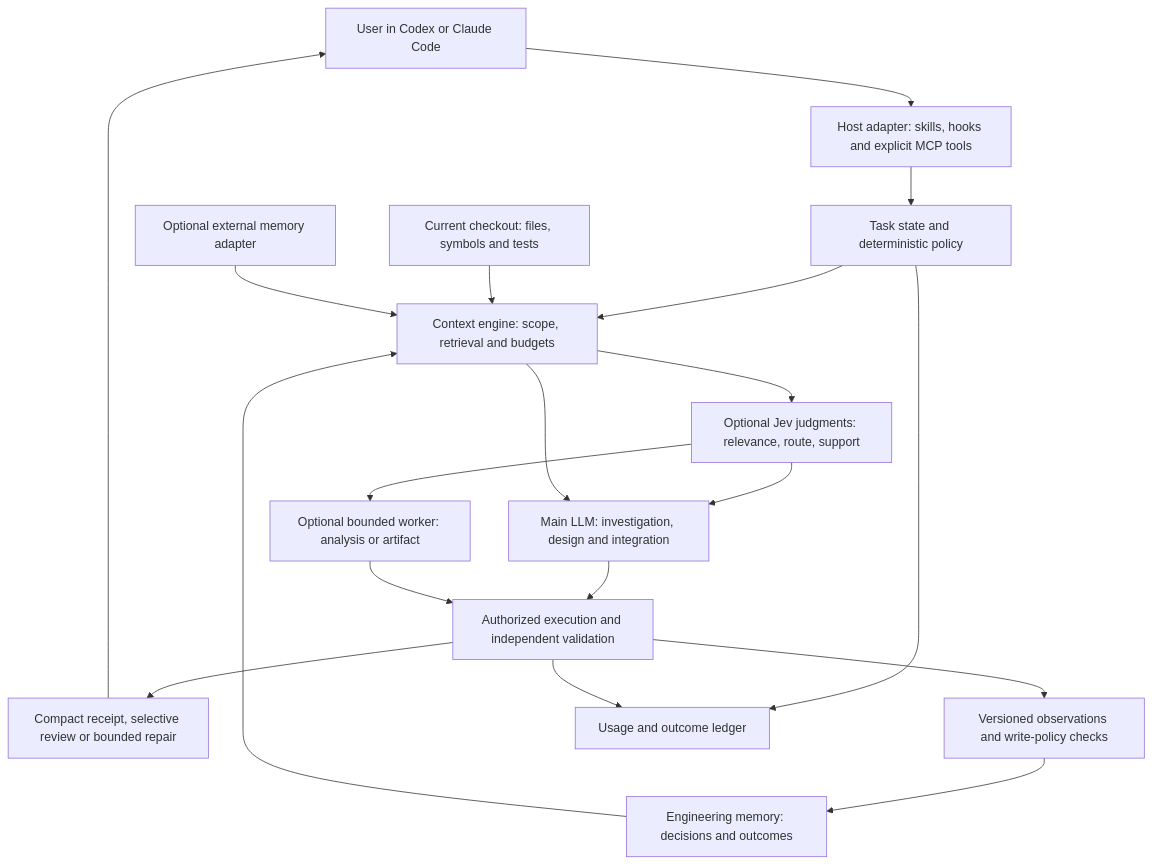
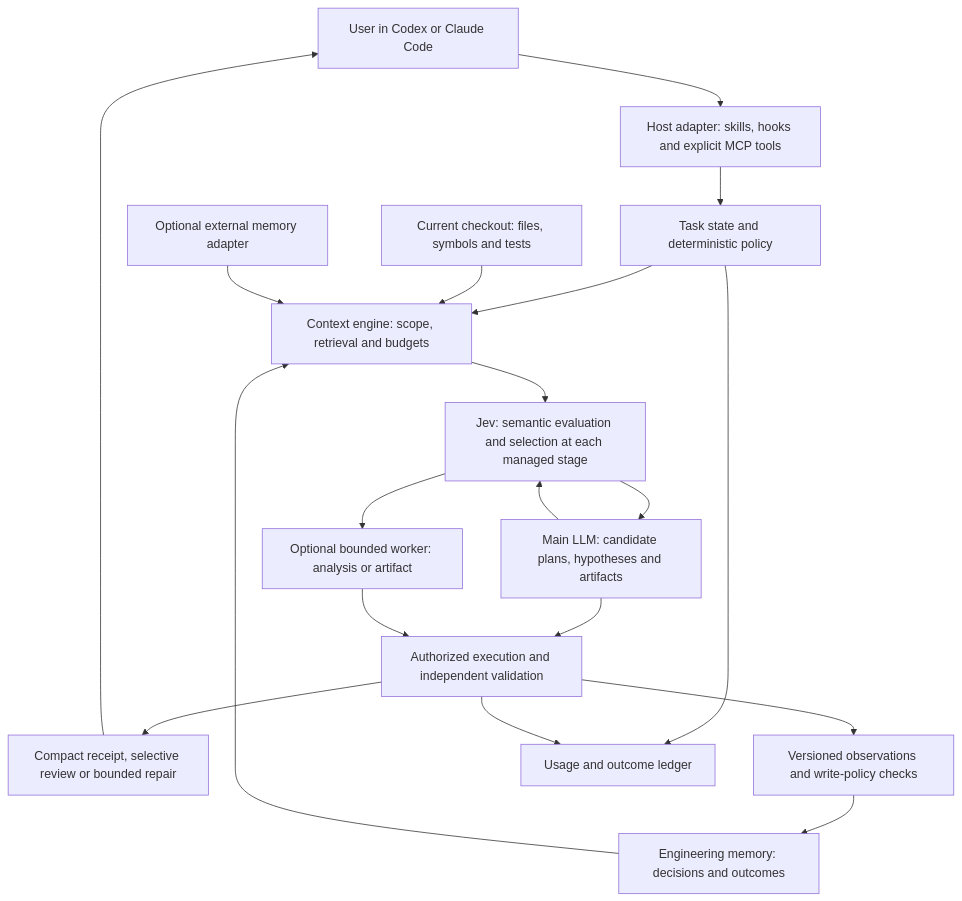
Before and after one commit to dsandrade/jevra: the diagram in docs/development-brain.md, drawn with Mermaid. The commit also changed other lines of this file and 6 other files, not shown here.

````diff
--- a/docs/development-brain.md
+++ b/docs/development-brain.md
@@ -31,21 +33,21 @@
 ```mermaid
 flowchart TD
     U[User in Codex or Claude Code] --> H[Host adapter: skills, hooks and explicit MCP tools]
     H --> T[Task state and deterministic policy]
     T --> C[Context engine: scope, retrieval and budgets]
     M[Engineering memory: decisions and outcomes] --> C
     R[Current checkout: files, symbols and tests] --> C
     X[Optional external memory adapter] --> C
-    C --> J[Optional Jev judgments: relevance, route, support]
-    J --> L[Main LLM: investigation, design and integration]
+    C --> J[Jev: semantic evaluation and selection at each managed stage]
+    J --> L[Main LLM: candidate plans, hypotheses and artifacts]
+    L --> J
     J --> W[Optional bounded worker: analysis or artifact]
-    C --> L
     L --> V[Authorized execution and independent validation]
     W --> V
     V --> F[Compact receipt, selective review or bounded repair]
     F --> U
     V --> O[Versioned observations and write-policy checks]
     O --> M
     T --> A[Usage and outcome ledger]
     V --> A
 ```
````
